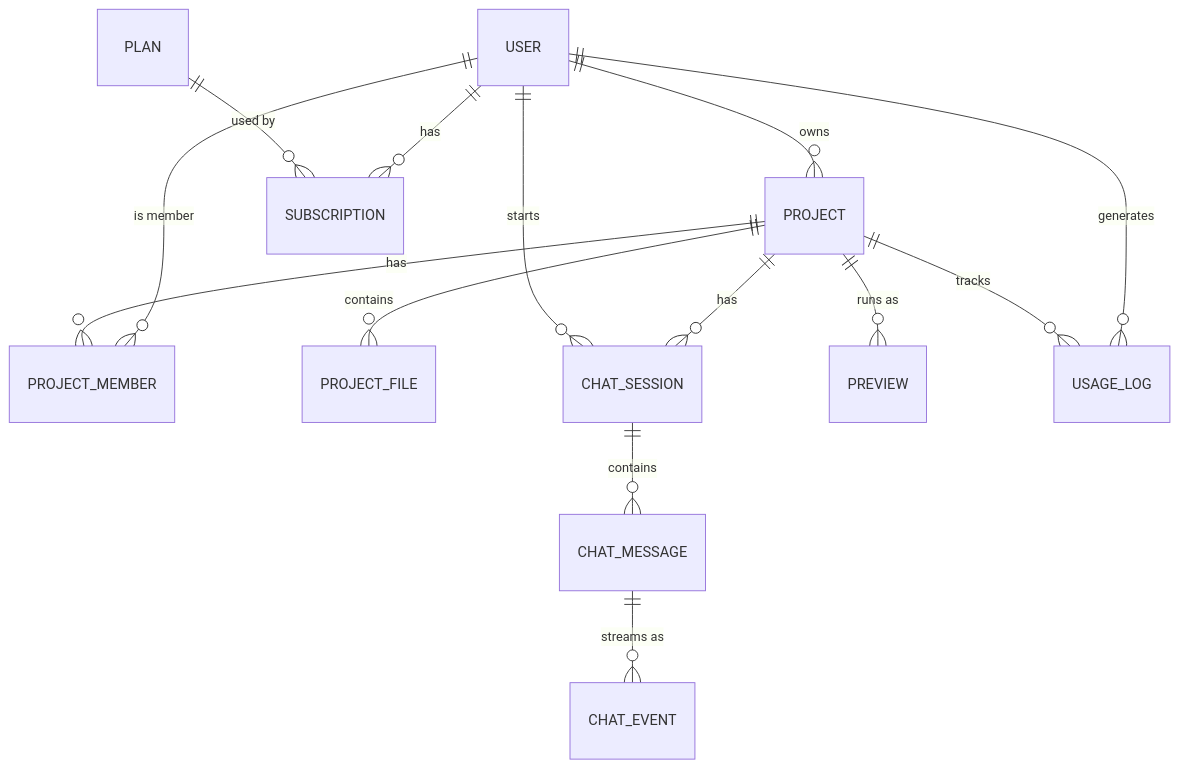
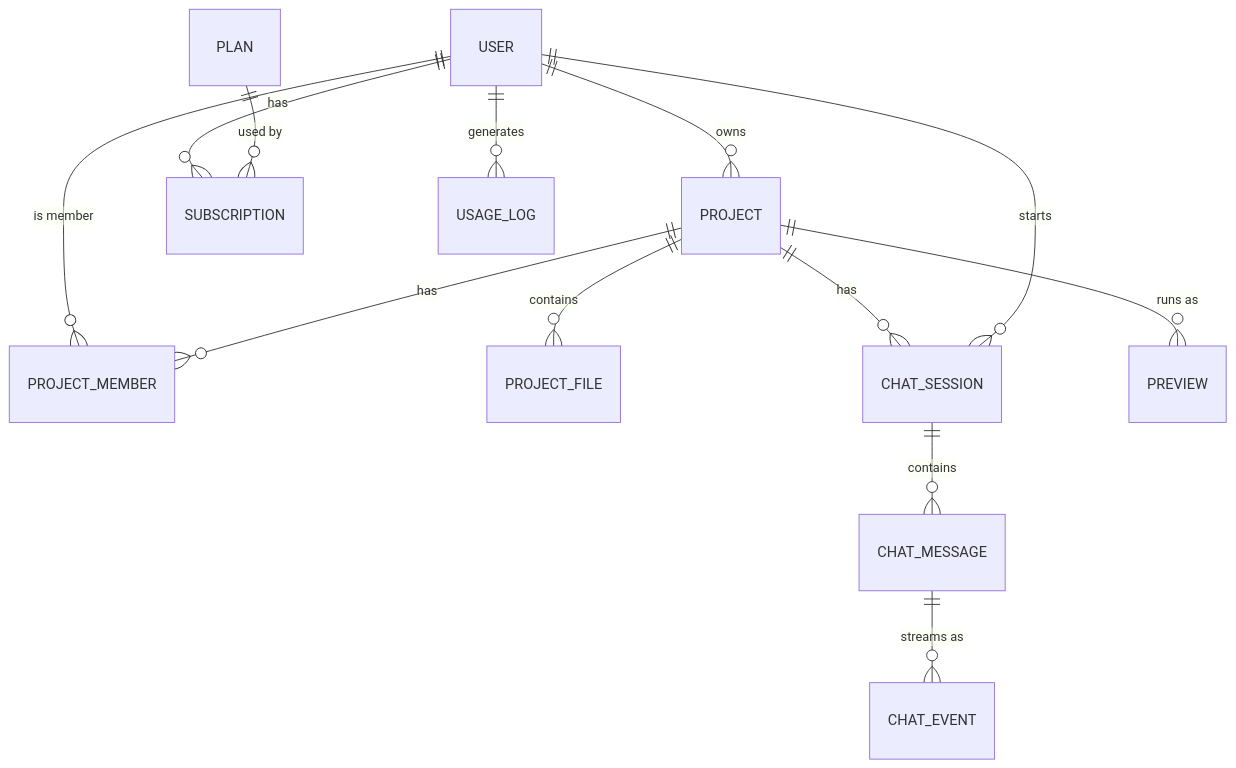
Before and after one commit to Monji-Kumar/Loveable: the third of 3 diagrams in README.md, drawn with Mermaid. The commit also changed other lines of this file, not shown here.

````diff
--- a/README.md
+++ b/README.md
@@ -176,16 +237,15 @@
 ```mermaid
 erDiagram
     USER ||--o{ PROJECT : owns
     USER ||--o{ PROJECT_MEMBER : "is member"
     PROJECT ||--o{ PROJECT_MEMBER : has
     PROJECT ||--o{ PROJECT_FILE : contains
     PROJECT ||--o{ CHAT_SESSION : has
     USER ||--o{ CHAT_SESSION : starts
     CHAT_SESSION ||--o{ CHAT_MESSAGE : contains
     CHAT_MESSAGE ||--o{ CHAT_EVENT : "streams as"
     PROJECT ||--o{ PREVIEW : "runs as"
     USER ||--o{ SUBSCRIPTION : has
     PLAN ||--o{ SUBSCRIPTION : "used by"
     USER ||--o{ USAGE_LOG : generates
-    PROJECT ||--o{ USAGE_LOG : tracks
 ```
````
